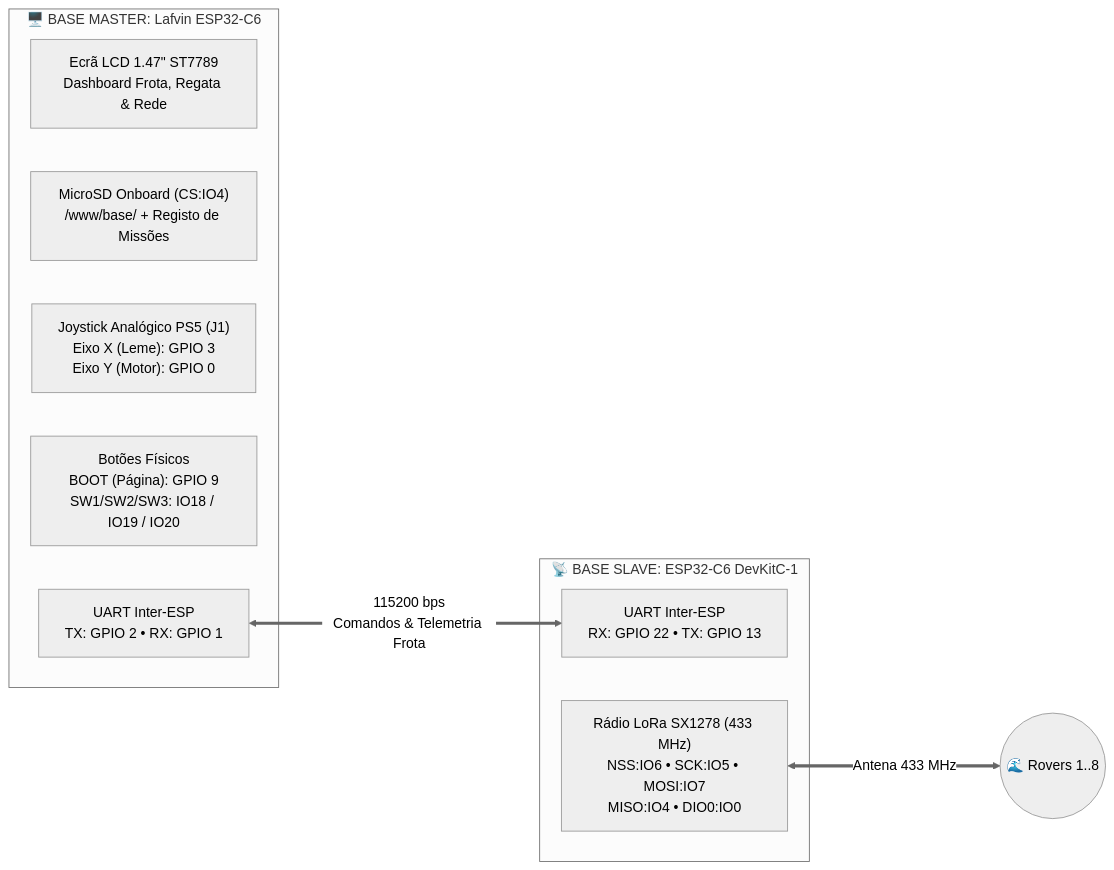
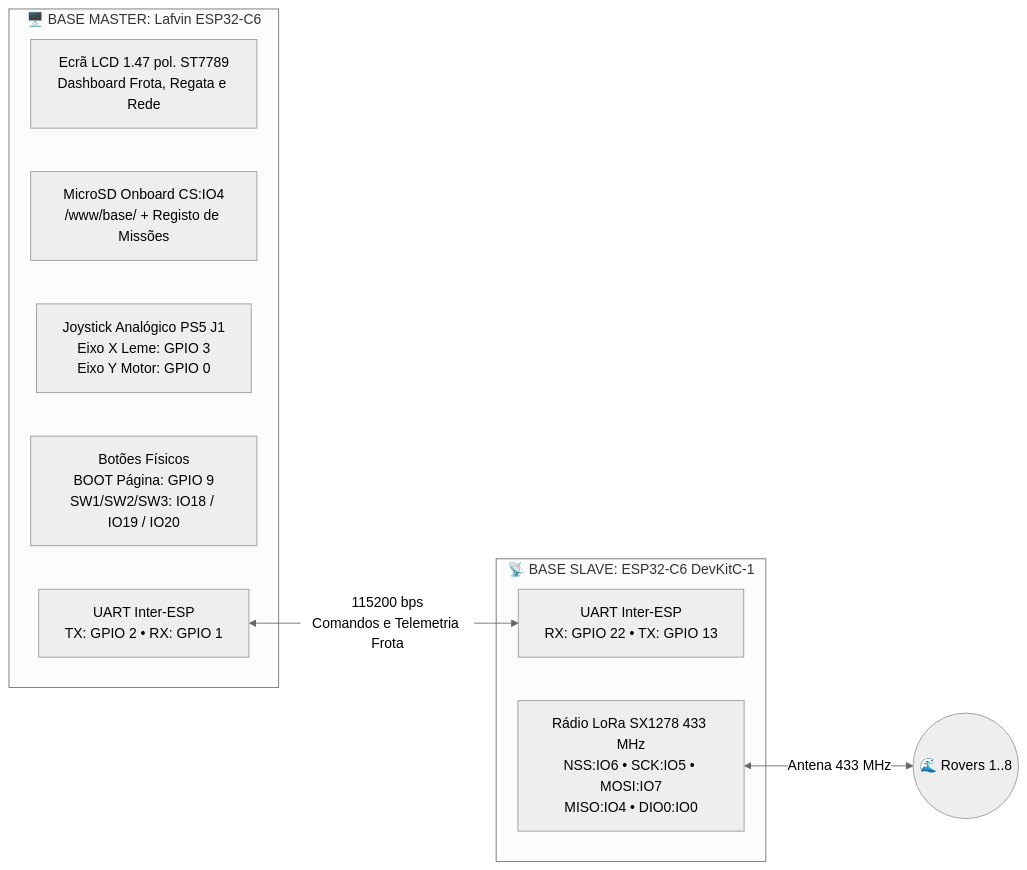
The fourth of 4 diagrams in README.md (tiagojanz/winddragons_rover), drawn with Mermaid (neutral theme) before and after one commit. The commit also changed other lines of this file, not shown here.

````diff
--- a/README.md
+++ b/README.md
@@ -185,18 +182,18 @@
 ```mermaid
 flowchart LR
   subgraph BASE_M["🖥️ BASE MASTER: Lafvin ESP32-C6"]
-    B_LCD["Ecrã LCD 1.47&quot; ST7789<br/>Dashboard Frota, Regata &amp; Rede"]
-    B_SD["MicroSD Onboard (CS:IO4)<br/>/www/base/ + Registo de Missões"]
-    B_JOY["Joystick Analógico PS5 (J1)<br/>Eixo X (Leme): GPIO 3<br/>Eixo Y (Motor): GPIO 0"]
-    B_BTN["Botões Físicos<br/>BOOT (Página): GPIO 9<br/>SW1/SW2/SW3: IO18 / IO19 / IO20"]
+    B_LCD["Ecrã LCD 1.47 pol. ST7789<br/>Dashboard Frota, Regata e Rede"]
+    B_SD["MicroSD Onboard CS:IO4<br/>/www/base/ + Registo de Missões"]
+    B_JOY["Joystick Analógico PS5 J1<br/>Eixo X Leme: GPIO 3<br/>Eixo Y Motor: GPIO 0"]
+    B_BTN["Botões Físicos<br/>BOOT Página: GPIO 9<br/>SW1/SW2/SW3: IO18 / IO19 / IO20"]
     B_UART["UART Inter-ESP<br/>TX: GPIO 2 • RX: GPIO 1"]
   end
 
   subgraph BASE_C["📡 BASE SLAVE: ESP32-C6 DevKitC-1"]
     BC_UART["UART Inter-ESP<br/>RX: GPIO 22 • TX: GPIO 13"]
-    BC_LORA["Rádio LoRa SX1278 (433 MHz)<br/>NSS:IO6 • SCK:IO5 • MOSI:IO7<br/>MISO:IO4 • DIO0:IO0"]
+    BC_LORA["Rádio LoRa SX1278 433 MHz<br/>NSS:IO6 • SCK:IO5 • MOSI:IO7<br/>MISO:IO4 • DIO0:IO0"]
   end
 
-  B_UART <===>|"115200 bps<br/>Comandos &amp; Telemetria Frota"| BC_UART
-  BC_LORA <===>|"Antena 433 MHz"| AIR(("🌊 Rovers 1..8"))
+  B_UART <-->|"115200 bps<br/>Comandos e Telemetria Frota"| BC_UART
+  BC_LORA <-->|"Antena 433 MHz"| AIR(("🌊 Rovers 1..8"))
 ```
````
